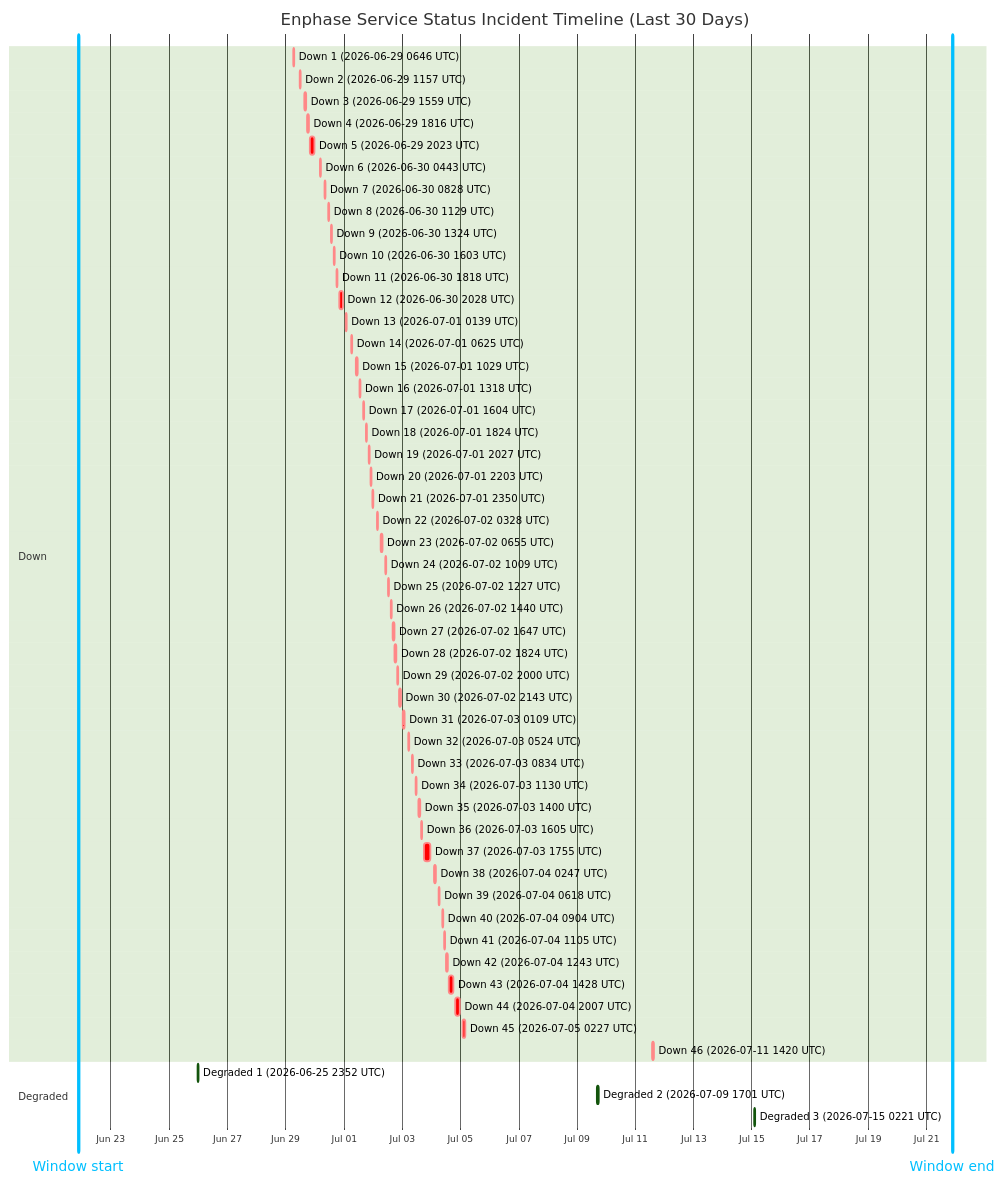
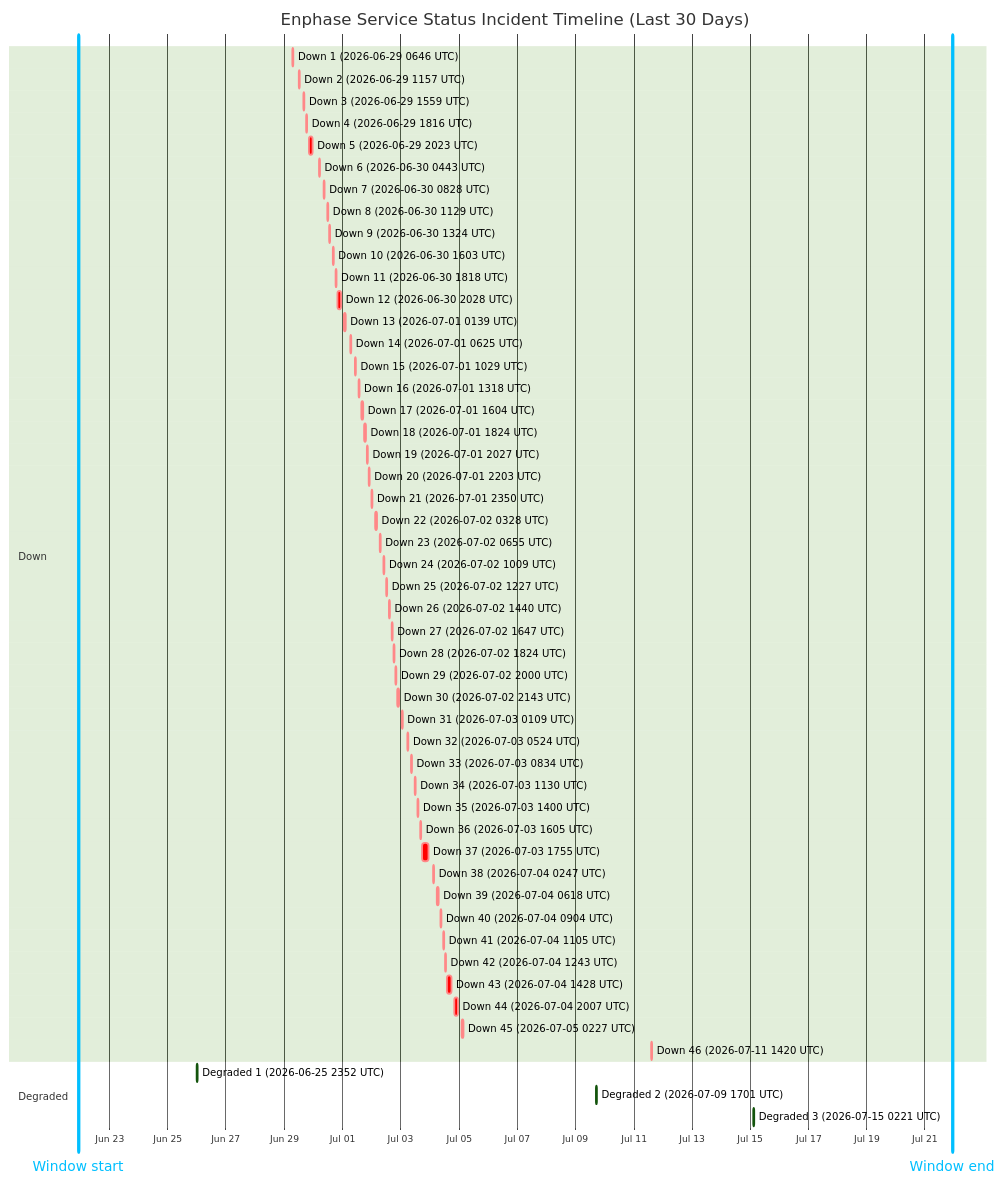
Before and after one commit to barneyonline/ha-enphase-energy: the diagram in wiki/Service-Status-History.md, drawn with Mermaid (forest theme). The commit also changed other lines of this file and 3 other files, not shown here.

````diff
--- a/wiki/Service-Status-History.md
+++ b/wiki/Service-Status-History.md
@@ -14,59 +14,59 @@
 ```mermaid
 gantt
     title Enphase Service Status Incident Timeline (Last 30 Days)
     dateFormat  YYYY-MM-DDTHH:mm:ss
     axisFormat  %b %d
-    Window start :vert, window-start, 2026-06-21T21:19:46, 0ms
-    Window end :vert, window-end, 2026-07-21T21:19:46, 0ms
+    Window start :vert, window-start, 2026-06-21T22:26:21, 0ms
+    Window end :vert, window-end, 2026-07-21T22:26:21, 0ms
     section Down
     Down 1 (2026-06-29 0646 UTC) :crit, down-1, 2026-06-29T06:46:18, 60m
     Down 2 (2026-06-29 1157 UTC) :crit, down-2, 2026-06-29T11:57:36, 60m
     Down 3 (2026-06-29 1559 UTC) :crit, down-3, 2026-06-29T15:59:02, 60m
     Down 4 (2026-06-29 1816 UTC) :crit, down-4, 2026-06-29T18:16:38, 60m
     Down 5 (2026-06-29 2023 UTC) :crit, down-5, 2026-06-29T20:23:16, 220m
     Down 6 (2026-06-30 0443 UTC) :crit, down-6, 2026-06-30T04:43:54, 60m
     Down 7 (2026-06-30 0828 UTC) :crit, down-7, 2026-06-30T08:28:43, 60m
     Down 8 (2026-06-30 1129 UTC) :crit, down-8, 2026-06-30T11:29:15, 60m
     Down 9 (2026-06-30 1324 UTC) :crit, down-9, 2026-06-30T13:24:25, 60m
     Down 10 (2026-06-30 1603 UTC) :crit, down-10, 2026-06-30T16:03:26, 60m
     Down 11 (2026-06-30 1818 UTC) :crit, down-11, 2026-06-30T18:18:39, 60m
     Down 12 (2026-06-30 2028 UTC) :crit, down-12, 2026-06-30T20:28:54, 171m
     Down 13 (2026-07-01 0139 UTC) :crit, down-13, 2026-07-01T01:39:18, 60m
     Down 14 (2026-07-01 0625 UTC) :crit, down-14, 2026-07-01T06:25:35, 60m
     Down 15 (2026-07-01 1029 UTC) :crit, down-15, 2026-07-01T10:29:24, 60m
     Down 16 (2026-07-01 1318 UTC) :crit, down-16, 2026-07-01T13:18:31, 60m
     Down 17 (2026-07-01 1604 UTC) :crit, down-17, 2026-07-01T16:04:29, 60m
     Down 18 (2026-07-01 1824 UTC) :crit, down-18, 2026-07-01T18:24:21, 60m
     Down 19 (2026-07-01 2027 UTC) :crit, down-19, 2026-07-01T20:27:17, 60m
     Down 20 (2026-07-01 2203 UTC) :crit, down-20, 2026-07-01T22:03:46, 60m
     Down 21 (2026-07-01 2350 UTC) :crit, down-21, 2026-07-01T23:50:52, 60m
     Down 22 (2026-07-02 0328 UTC) :crit, down-22, 2026-07-02T03:28:33, 60m
     Down 23 (2026-07-02 0655 UTC) :crit, down-23, 2026-07-02T06:55:07, 60m
     Down 24 (2026-07-02 1009 UTC) :crit, down-24, 2026-07-02T10:09:15, 60m
     Down 25 (2026-07-02 1227 UTC) :crit, down-25, 2026-07-02T12:27:49, 60m
     Down 26 (2026-07-02 1440 UTC) :crit, down-26, 2026-07-02T14:40:53, 60m
     Down 27 (2026-07-02 1647 UTC) :crit, down-27, 2026-07-02T16:47:47, 60m
     Down 28 (2026-07-02 1824 UTC) :crit, down-28, 2026-07-02T18:24:26, 60m
     Down 29 (2026-07-02 2000 UTC) :crit, down-29, 2026-07-02T20:00:57, 60m
     Down 30 (2026-07-02 2143 UTC) :crit, down-30, 2026-07-02T21:43:52, 80m
     Down 31 (2026-07-03 0109 UTC) :crit, down-31, 2026-07-03T01:09:19, 60m
     Down 32 (2026-07-03 0524 UTC) :crit, down-32, 2026-07-03T05:24:23, 60m
     Down 33 (2026-07-03 0834 UTC) :crit, down-33, 2026-07-03T08:34:05, 60m
     Down 34 (2026-07-03 1130 UTC) :crit, down-34, 2026-07-03T11:30:41, 60m
     Down 35 (2026-07-03 1400 UTC) :crit, down-35, 2026-07-03T14:00:48, 60m
     Down 36 (2026-07-03 1605 UTC) :crit, down-36, 2026-07-03T16:05:49, 60m
     Down 37 (2026-07-03 1755 UTC) :crit, down-37, 2026-07-03T17:55:54, 338m
     Down 38 (2026-07-04 0247 UTC) :crit, down-38, 2026-07-04T02:47:22, 60m
     Down 39 (2026-07-04 0618 UTC) :crit, down-39, 2026-07-04T06:18:09, 60m
     Down 40 (2026-07-04 0904 UTC) :crit, down-40, 2026-07-04T09:04:41, 60m
     Down 41 (2026-07-04 1105 UTC) :crit, down-41, 2026-07-04T11:05:21, 60m
     Down 42 (2026-07-04 1243 UTC) :crit, down-42, 2026-07-04T12:43:25, 60m
     Down 43 (2026-07-04 1428 UTC) :crit, down-43, 2026-07-04T14:28:07, 243m
     Down 44 (2026-07-04 2007 UTC) :crit, down-44, 2026-07-04T20:07:50, 206m
     Down 45 (2026-07-05 0227 UTC) :crit, down-45, 2026-07-05T02:27:32, 109m
     Down 46 (2026-07-11 1420 UTC) :crit, down-46, 2026-07-11T14:20:54, 69m
     section Degraded
     Degraded 1 (2026-06-25 2352 UTC) :active, degraded-1, 2026-06-25T23:52:01, 60m
     Degraded 2 (2026-07-09 1701 UTC) :active, degraded-2, 2026-07-09T17:01:02, 60m
     Degraded 3 (2026-07-15 0221 UTC) :active, degraded-3, 2026-07-15T02:21:35, 60m
 ```
````
